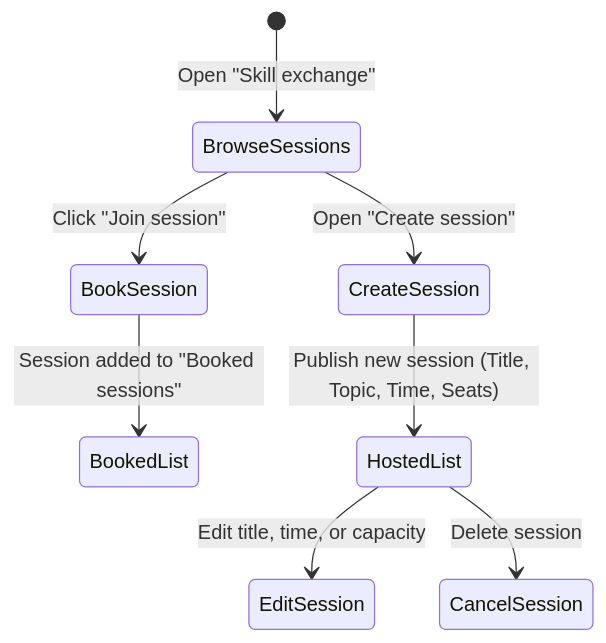
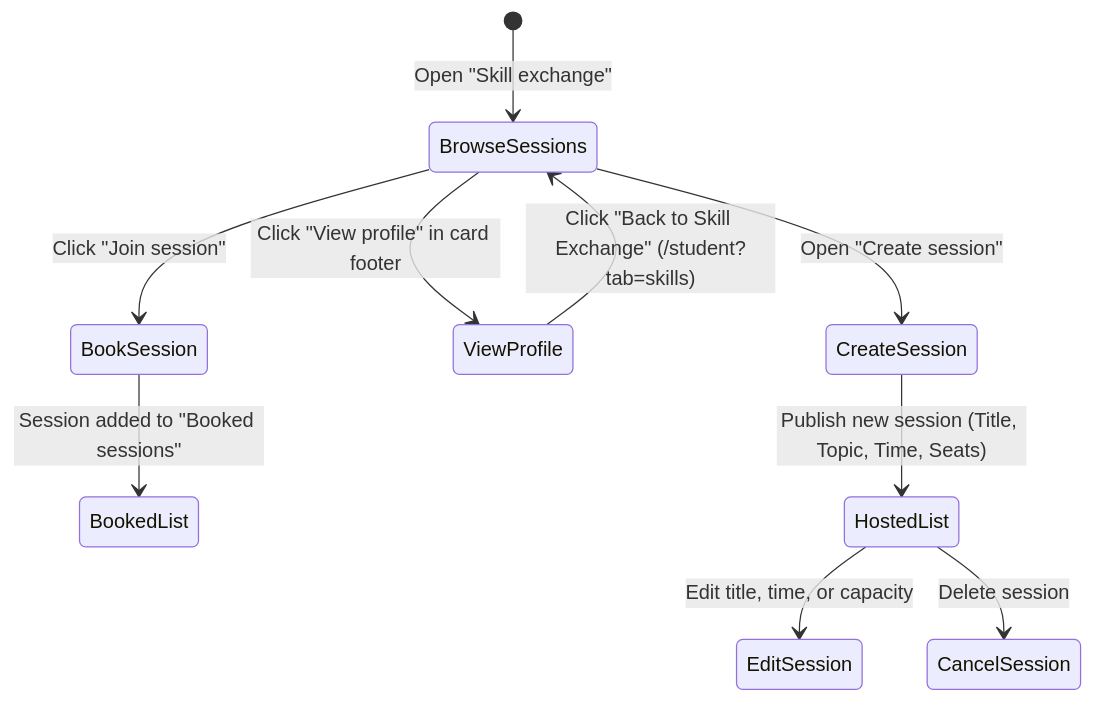
One commit to nikhil-partap/pulkit changed the third of 5 diagrams in FLOW.md. Above: the diagram before and after it, drawn with Mermaid. The commit also changed other lines of this file and 20 other files, not shown here.

````diff
--- a/FLOW.md
+++ b/FLOW.md
@@ -100,11 +109,14 @@
 ```mermaid
 stateDiagram-v2
     [*] --> BrowseSessions: Open "Skill exchange"
     BrowseSessions --> BookSession: Click "Join session"
     BookSession --> BookedList: Session added to "Booked sessions"
     
+    BrowseSessions --> ViewProfile: Click "View profile" in card footer
+    ViewProfile --> BrowseSessions: Click "Back to Skill Exchange" (/student?tab=skills)
+
     BrowseSessions --> CreateSession: Open "Create session"
     CreateSession --> HostedList: Publish new session (Title, Topic, Time, Seats)
     HostedList --> EditSession: Edit title, time, or capacity
     HostedList --> CancelSession: Delete session
 ```
````
